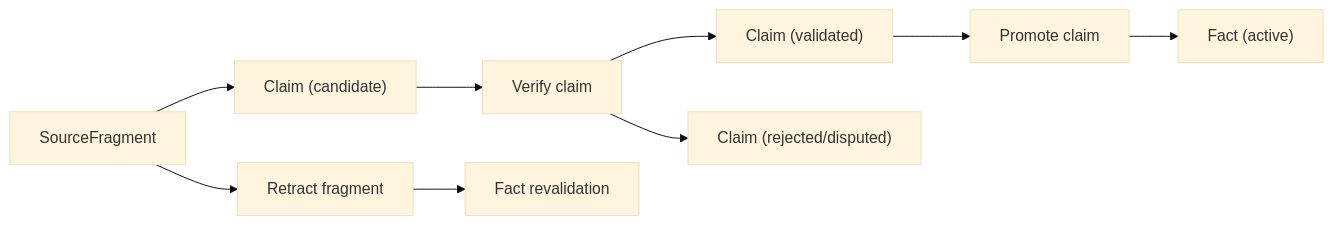
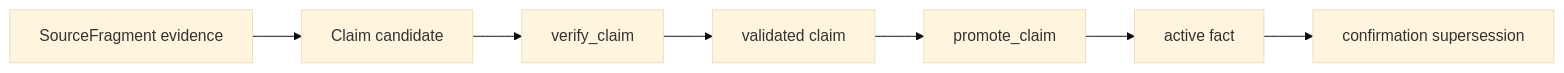
One commit to Z-M-Huang/dense-mem changed the second of 2 diagrams in README.md. Above: the diagram before and after it, drawn with Mermaid (base theme). The commit also changed other lines of this file and 84 other files, not shown here.

````diff
--- a/README.md
+++ b/README.md
@@ -103,11 +74,9 @@
 ```mermaid
 flowchart LR
-    Fragment["SourceFragment"] --> Claim["Claim (candidate)"]
-    Claim --> Verify["Verify claim"]
-    Verify --> Validated["Claim (validated)"]
-    Verify --> Rejected["Claim (rejected/disputed)"]
-    Validated --> Promote["Promote claim"]
-    Promote --> Fact["Fact (active)"]
-    Fragment --> Retract["Retract fragment"]
-    Retract --> Revalidate["Fact revalidation"]
+    Fragment["SourceFragment evidence"] --> Claim["Claim candidate"]
+    Claim --> Verify["verify_claim"]
+    Verify --> Validated["validated claim"]
+    Validated --> Promote["promote_claim"]
+    Promote --> Fact["active fact"]
+    Fact --> Supersede["confirmation supersession"]
 ```
````
